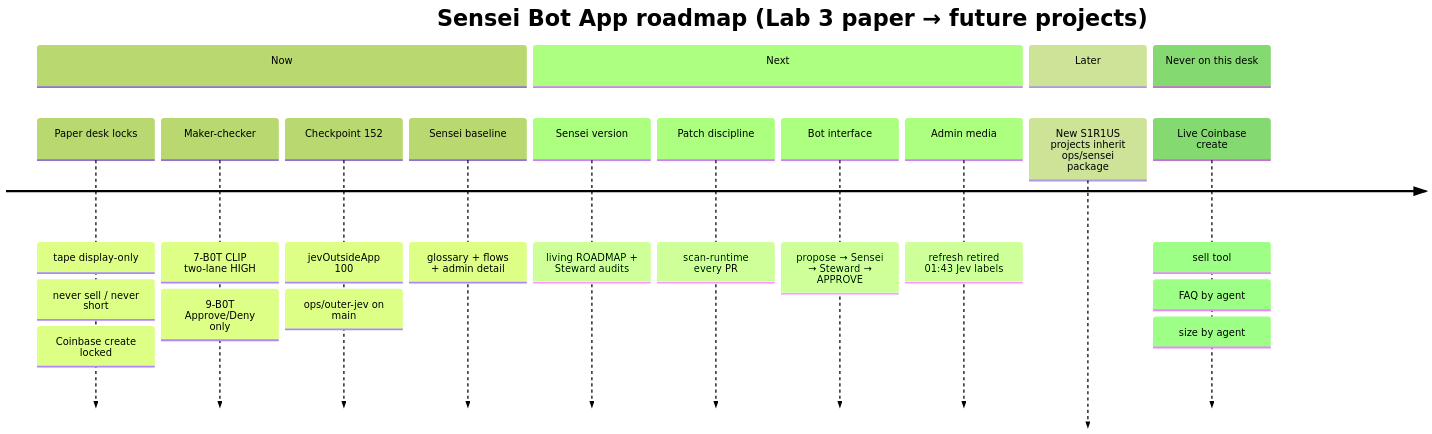
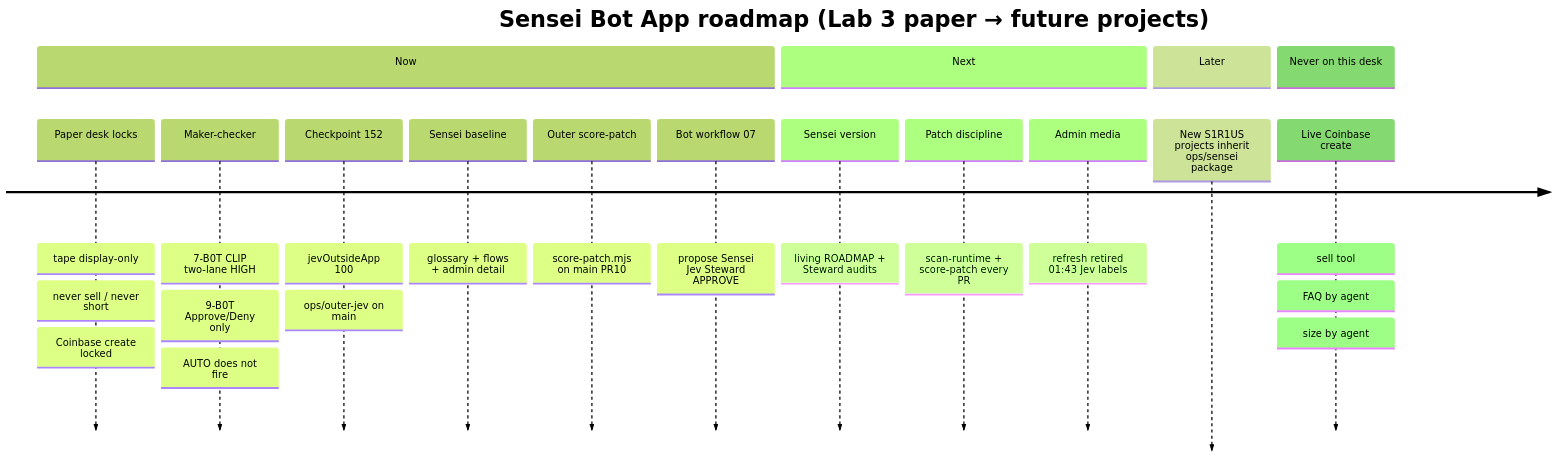
One commit to S1R1US-AI/lab3-visible-sandbox changed the first of 2 diagrams in ops/sensei/ROADMAP.md. Above: the diagram before and after it, drawn with Mermaid (forest theme). The commit also changed other lines of this file and 16 other files, not shown here.

First line of the commit message:
docs(sensei): Lab 3 bot workflow diagrams, ROADMAP, search schema, instrumentation (#11)

````diff
--- a/ops/sensei/ROADMAP.md
+++ b/ops/sensei/ROADMAP.md
@@ -20,22 +21,24 @@
 ```mermaid
 timeline
     title Sensei Bot App roadmap (Lab 3 paper → future projects)
     section Now
       Paper desk locks : tape display-only
                        : never sell / never short
                        : Coinbase create locked
       Maker-checker    : 7-B0T CLIP two-lane HIGH
                        : 9-B0T Approve/Deny only
+                       : AUTO does not fire
       Checkpoint 152   : jevOutsideApp 100
                        : ops/outer-jev on main
       Sensei baseline  : glossary + flows + admin detail
+      Outer score-patch : score-patch.mjs on main PR10
+      Bot workflow 07  : propose Sensei Jev Steward APPROVE
     section Next
       Sensei version   : living ROADMAP + Steward audits
-      Patch discipline : scan-runtime every PR
-      Bot interface    : propose → Sensei → Steward → APPROVE
+      Patch discipline : scan-runtime + score-patch every PR
       Admin media      : refresh retired 01:43 Jev labels
     section Later
       New S1R1US projects inherit ops/sensei package
     section Never on this desk
       Live Coinbase create : sell tool : FAQ by agent : size by agent
 ```
````
